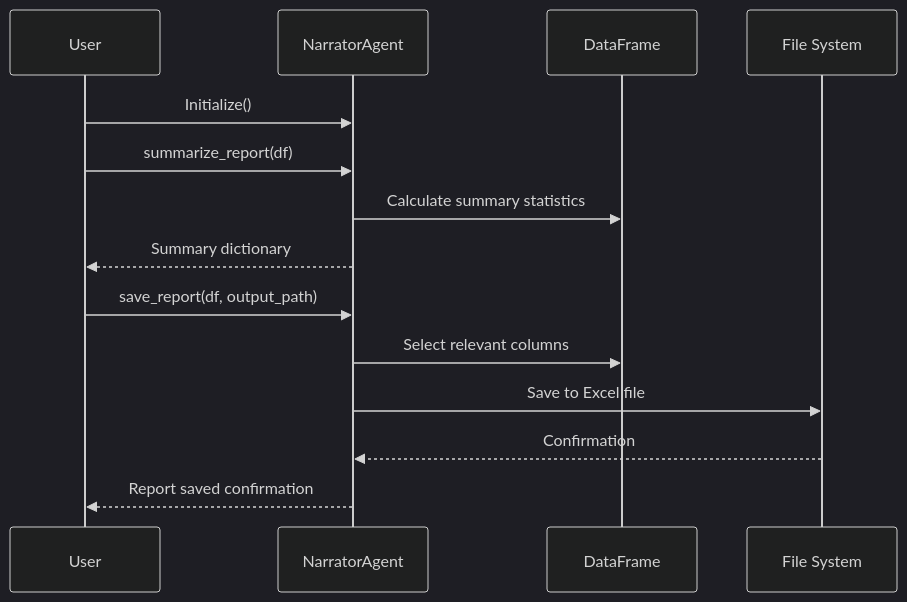
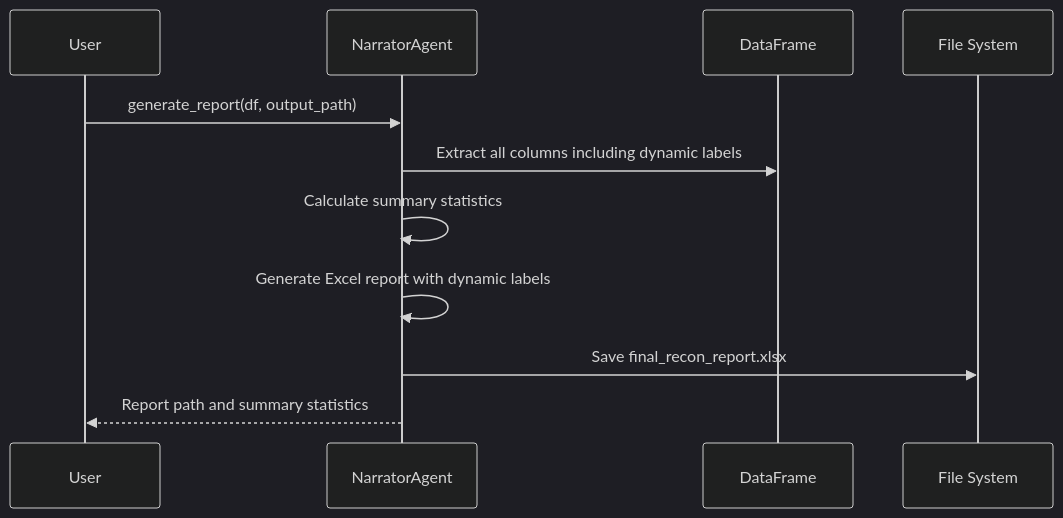
One commit to ksmadhavareddy/recon-ai changed the eighth of 30 diagrams in docs/DIAGRAMS.md. Above: the diagram before and after it, drawn with Mermaid (dark theme). The commit also changed other lines of this file and 14 other files, not shown here.

````diff
--- a/docs/DIAGRAMS.md
+++ b/docs/DIAGRAMS.md
@@ -132,18 +247,14 @@
 ```mermaid
 sequenceDiagram
     participant U as User
     participant NA as NarratorAgent
     participant DF as DataFrame
     participant FS as File System
     
-    U->>NA: Initialize()
-    U->>NA: summarize_report(df)
-    NA->>DF: Calculate summary statistics
-    NA-->>U: Summary dictionary
-    
-    U->>NA: save_report(df, output_path)
-    NA->>DF: Select relevant columns
-    NA->>FS: Save to Excel file
-    FS-->>NA: Confirmation
-    NA-->>U: Report saved confirmation
+    U->>NA: generate_report(df, output_path)
+    NA->>DF: Extract all columns including dynamic labels
+    NA->>NA: Calculate summary statistics
+    NA->>NA: Generate Excel report with dynamic labels
+    NA->>FS: Save final_recon_report.xlsx
+    NA-->>U: Report path and summary statistics
 ```
````
